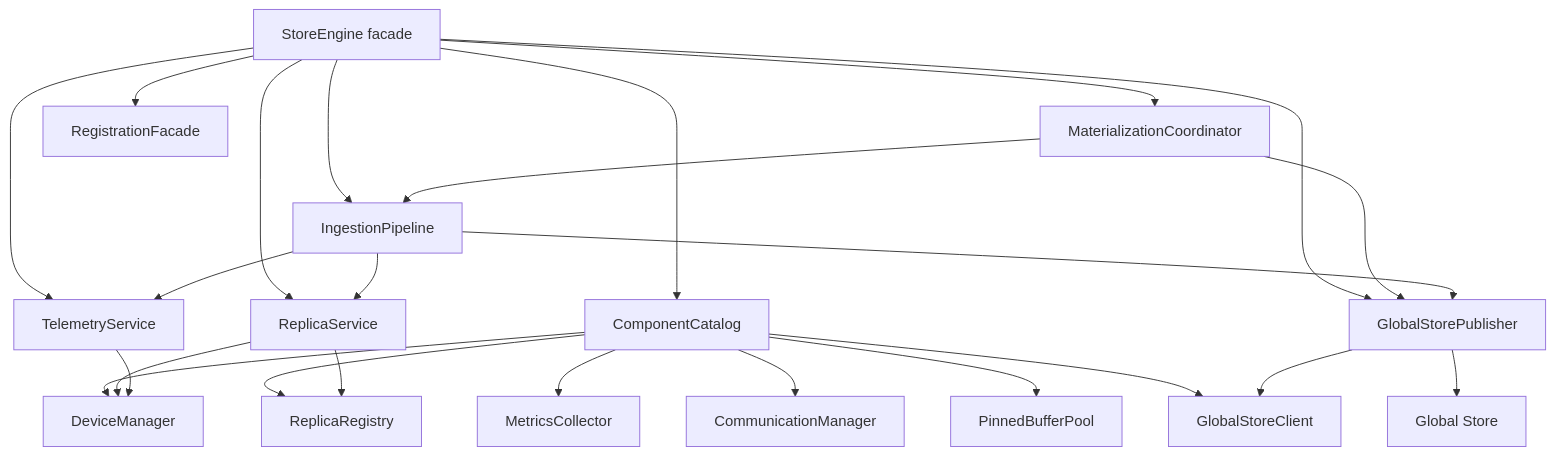
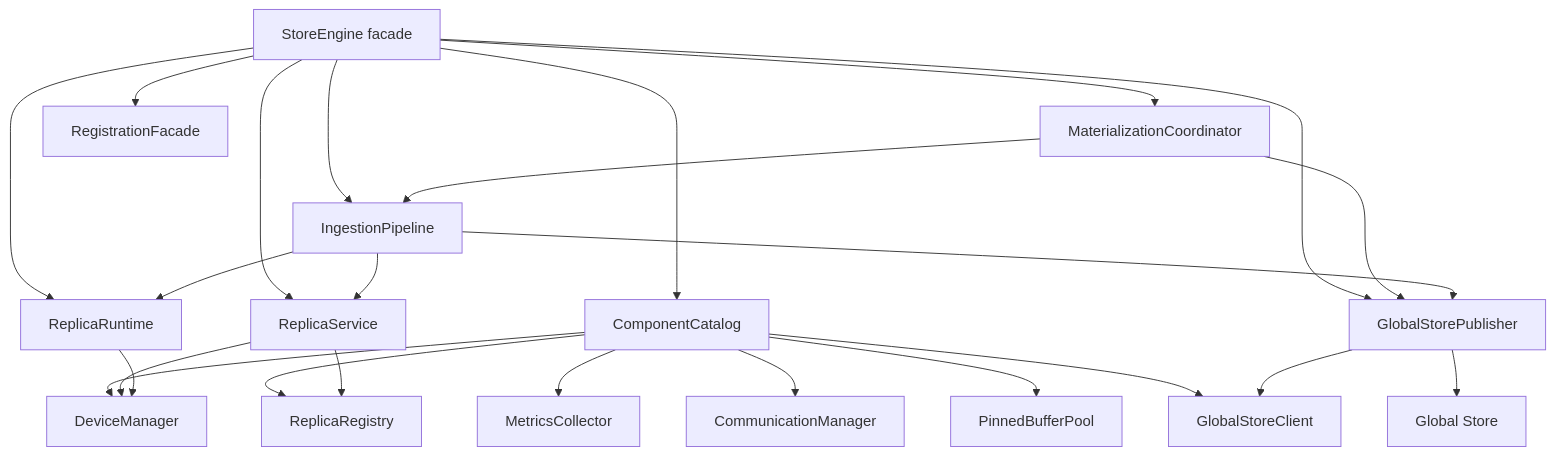
Before and after one commit to tensorcast-ai/tensorcast: the second of 14 diagrams in core/store/docs/architecture.md, drawn with Mermaid. The commit also changed other lines of this file and 45 other files, not shown here.

Commit message:
refactor(store): rearchitect runtime components for improved modularity

````diff
--- a/core/store/docs/architecture.md
+++ b/core/store/docs/architecture.md
@@ -139,42 +139,42 @@
 ```mermaid
 graph TB
     SE[StoreEngine facade]
     CC[ComponentCatalog]
     MC[MaterializationCoordinator]
     IP[IngestionPipeline]
     RS[ReplicaService]
     GP[GlobalStorePublisher]
-    TS[TelemetryService]
+    TS[ReplicaRuntime]
     RF[RegistrationFacade]
     DM[DeviceManager]
     RR[ReplicaRegistry]
     MCOL[MetricsCollector]
     COMM[CommunicationManager]
     PB[PinnedBufferPool]
     GSC[GlobalStoreClient]
     GS[Global Store]
 
     SE --> CC
     SE --> MC
     SE --> IP
     SE --> RS
     SE --> GP
     SE --> TS
     SE --> RF
     CC --> DM
     CC --> RR
     CC --> MCOL
     CC --> COMM
     CC --> PB
     CC --> GSC
     MC --> IP
     MC --> GP
     IP --> RS
     IP --> GP
     IP --> TS
     RS --> RR
     RS --> DM
     GP --> GSC
     GP --> GS
     TS --> DM
 ```
````
